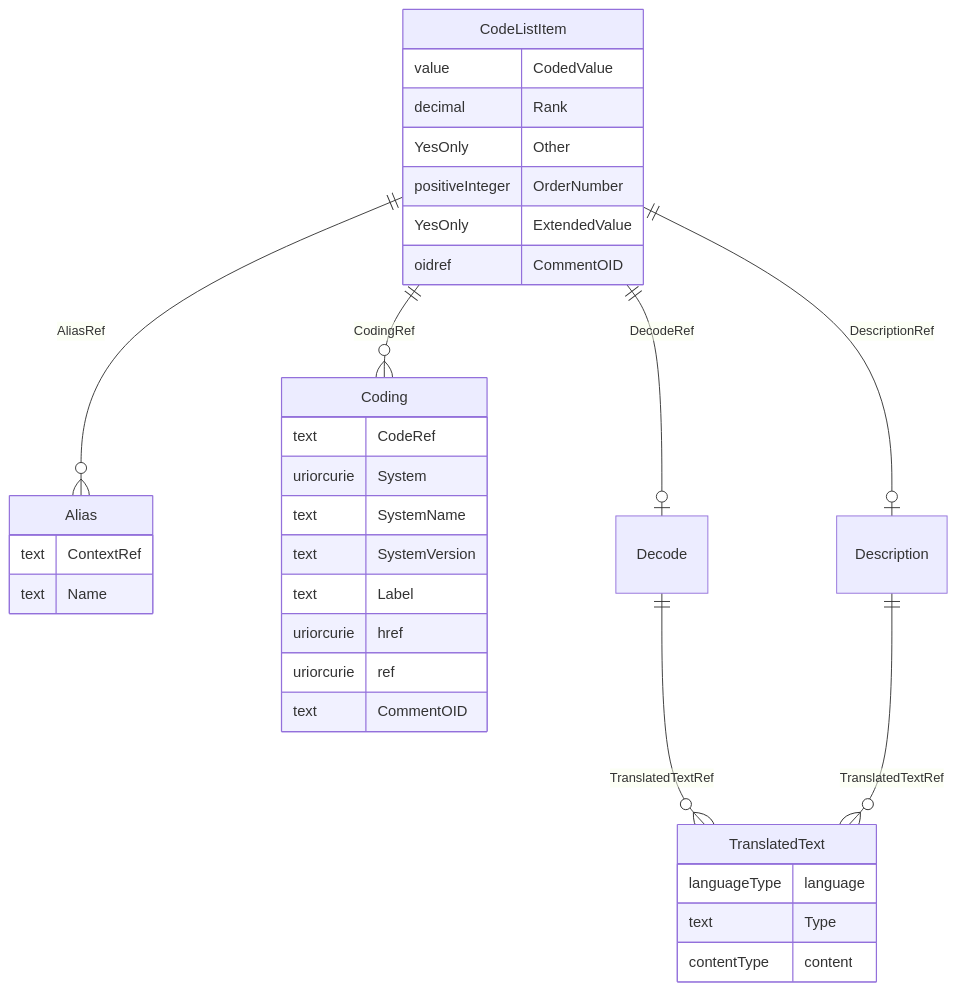
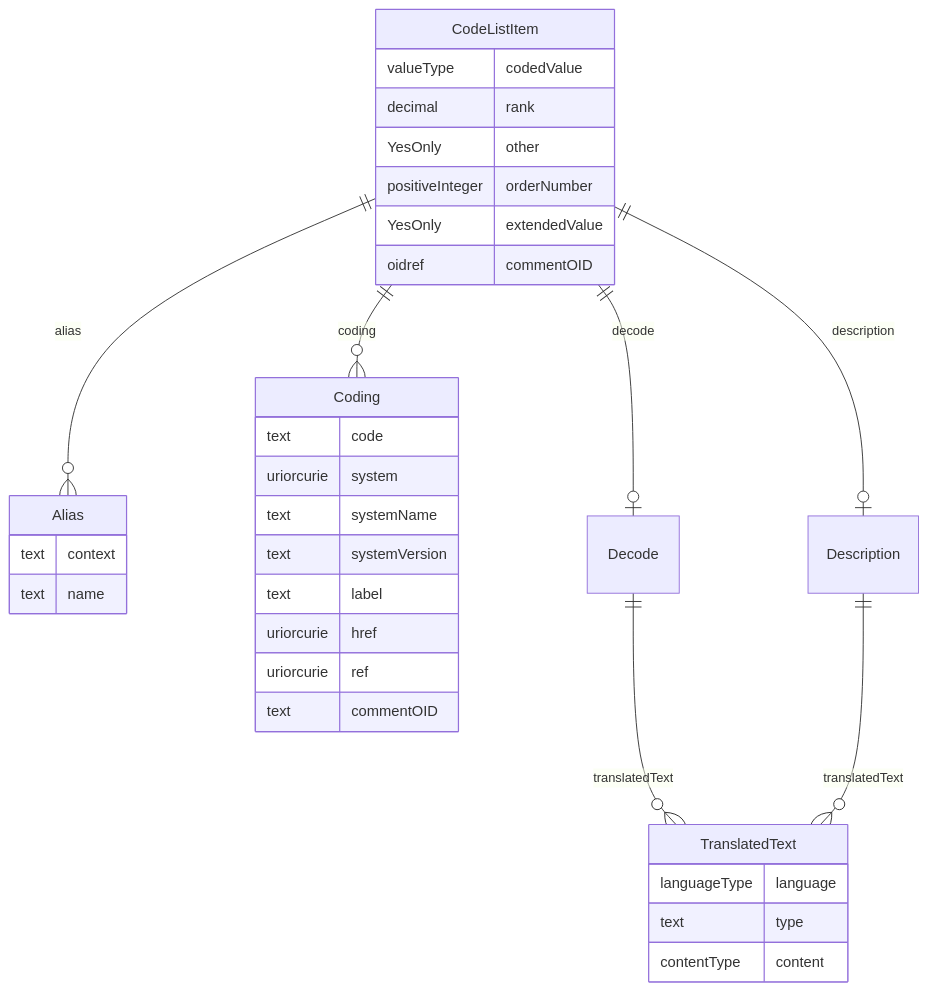
The diagram in docs/CodeListItem.md (cdisc-org/DataExchange-ODM-LinkML), drawn with Mermaid before and after one commit. The commit also changed other lines of this file and 759 other files, not shown here.

````diff
--- a/docs/CodeListItem.md
+++ b/docs/CodeListItem.md
@@ -11,44 +11,44 @@
 ```mermaid
 erDiagram
 CodeListItem {
-    value CodedValue  
-    decimal Rank  
-    YesOnly Other  
-    positiveInteger OrderNumber  
-    YesOnly ExtendedValue  
-    oidref CommentOID  
+    valueType codedValue  
+    decimal rank  
+    YesOnly other  
+    positiveInteger orderNumber  
+    YesOnly extendedValue  
+    oidref commentOID  
 }
 Alias {
-    text ContextRef  
-    text Name  
+    text context  
+    text name  
 }
 Coding {
-    text CodeRef  
-    uriorcurie System  
-    text SystemName  
-    text SystemVersion  
-    text Label  
+    text code  
+    uriorcurie system  
+    text systemName  
+    text systemVersion  
+    text label  
     uriorcurie href  
     uriorcurie ref  
-    text CommentOID  
+    text commentOID  
 }
 Decode {
 
 }
 TranslatedText {
     languageType language  
-    text Type  
+    text type  
     contentType content  
 }
 Description {
 
 }
 
-CodeListItem ||--|o Description : "DescriptionRef"
-CodeListItem ||--|o Decode : "DecodeRef"
-CodeListItem ||--}o Coding : "CodingRef"
-CodeListItem ||--}o Alias : "AliasRef"
-Decode ||--}o TranslatedText : "TranslatedTextRef"
-Description ||--}o TranslatedText : "TranslatedTextRef"
+CodeListItem ||--|o Description : "description"
+CodeListItem ||--|o Decode : "decode"
+CodeListItem ||--}o Coding : "coding"
+CodeListItem ||--}o Alias : "alias"
+Decode ||--}o TranslatedText : "translatedText"
+Description ||--}o TranslatedText : "translatedText"
 
 ```
````
